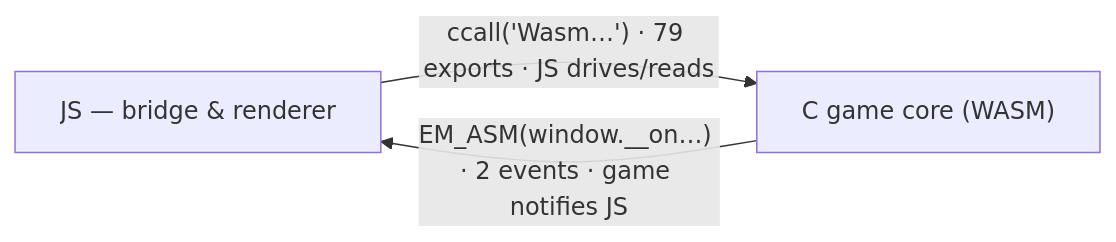
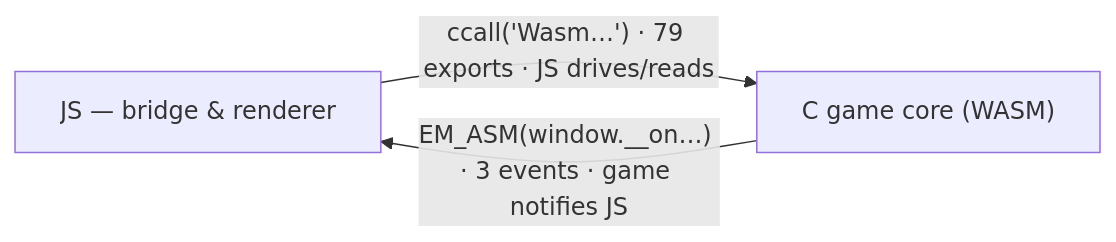
The diagram in docs/hooks/overview.md (drizztdourden08/relic-of-the-past), drawn with Mermaid before and after one commit. The commit also changed 44 other files, not shown here.

````diff
--- a/docs/hooks/overview.md
+++ b/docs/hooks/overview.md
@@ -13,7 +13,7 @@
 ```mermaid
 flowchart LR
     JS["JS — bridge & renderer"]
     C["C game core (WASM)"]
     JS -->|"ccall('Wasm…') · 79 exports · JS drives/reads"| C
-    C -->|"EM_ASM(window.__on…) · 2 events · game notifies JS"| JS
+    C -->|"EM_ASM(window.__on…) · 3 events · game notifies JS"| JS
 ```
````
